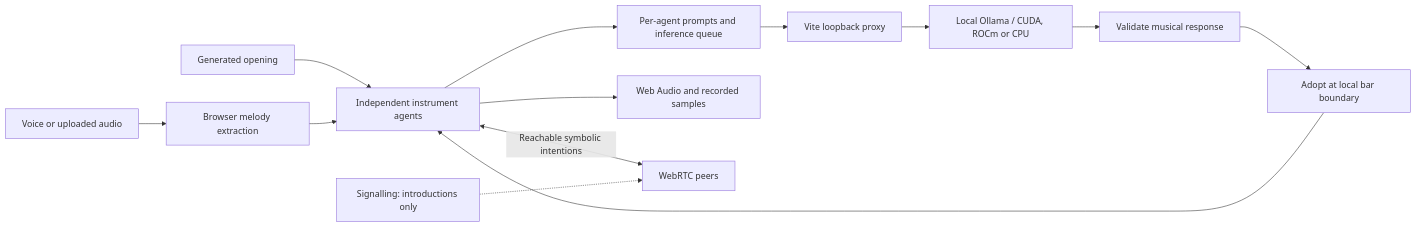
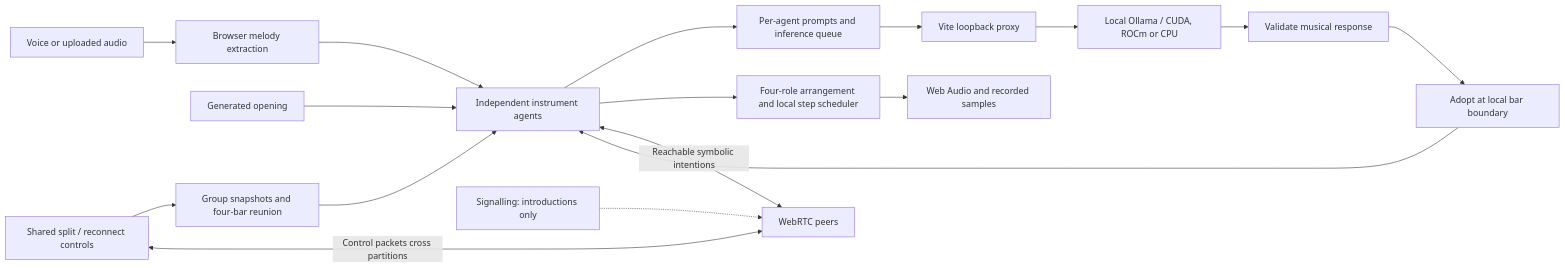
Before and after one commit to fouroceans10/durhack2026: the diagram in README.md, drawn with Mermaid. The commit also changed other lines of this file and 16 other files, not shown here.

````diff
--- a/README.md
+++ b/README.md
@@ -679,15 +721,19 @@
 ```mermaid
 flowchart LR
     Mic["Voice or uploaded audio"] --> Extract["Browser melody extraction"]
     Random["Generated opening"] --> Agents["Independent instrument agents"]
     Extract --> Agents
     Agents --> Queue["Per-agent prompts and inference queue"]
     Queue --> Proxy["Vite loopback proxy"]
     Proxy --> Ollama["Local Ollama / CUDA, ROCm or CPU"]
     Ollama --> Validate["Validate musical response"]
     Validate --> Bar["Adopt at local bar boundary"]
     Bar --> Agents
-    Agents --> Sound["Web Audio and recorded samples"]
+    Agents --> Roles["Four-role arrangement and local step scheduler"]
+    Roles --> Sound["Web Audio and recorded samples"]
+    Controls["Shared split / reconnect controls"] --> Reconcile["Group snapshots and four-bar reunion"]
+    Reconcile --> Agents
     Agents <-->|"Reachable symbolic intentions"| Mesh["WebRTC peers"]
+    Controls <-->|"Control packets cross partitions"| Mesh
     Signal["Signalling: introductions only"] -.-> Mesh
 ```
````
